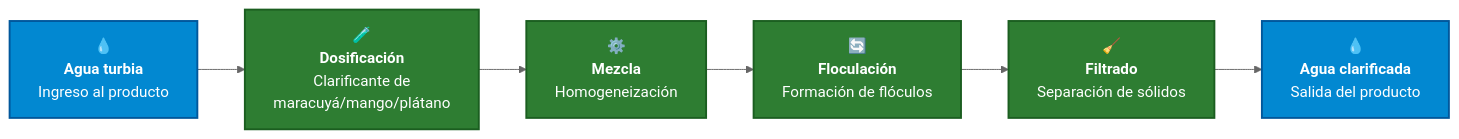
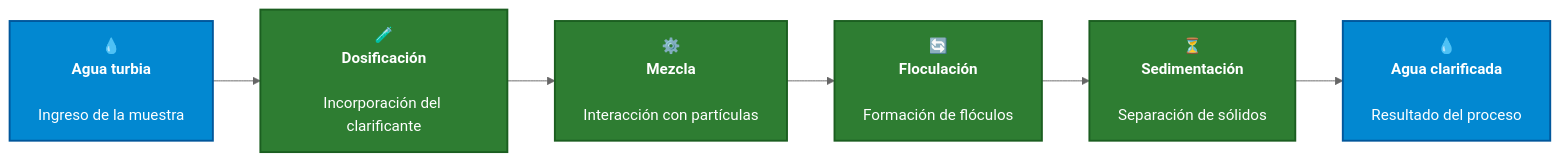
The fourth of 5 diagrams in README.md (BeyondNate/PI_Equipo_05), drawn with Mermaid (neutral theme) before and after one commit. The commit also changed other lines of this file, not shown here.

````diff
--- a/README.md
+++ b/README.md
@@ -200,18 +251,19 @@
 ```mermaid
 flowchart LR
-    A["💧<br/><b>Agua turbia</b><br/>Ingreso al producto"]
-    B["🧪<br/><b>Dosificación</b><br/>Clarificante de<br/>maracuyá/mango/plátano"]
-    C["⚙️<br/><b>Mezcla</b><br/>Homogeneización"]
-    D["🔄<br/><b>Floculación</b><br/>Formación de flóculos"]
-    E["🧹<br/><b>Filtrado</b><br/>Separación de sólidos"]
-    F["💧<br/><b>Agua clarificada</b><br/>Salida del producto"]
- 
+
+    A["💧<br/><b>Agua turbia</b><br/><br/>Ingreso de la muestra"]
+    B["🧪<br/><b>Dosificación</b><br/><br/>Incorporación del clarificante"]
+    C["⚙️<br/><b>Mezcla</b><br/><br/>Interacción con partículas"]
+    D["🔄<br/><b>Floculación</b><br/><br/>Formación de flóculos"]
+    E["⏳<br/><b>Sedimentación</b><br/><br/>Separación de sólidos"]
+    F["💧<br/><b>Agua clarificada</b><br/><br/>Resultado del proceso"]
+
     A --> B --> C --> D --> E --> F
- 
+
     classDef water fill:#0288D1,color:#FFFFFF,stroke:#01579B,stroke-width:2px;
     classDef process fill:#2E7D32,color:#FFFFFF,stroke:#1B5E20,stroke-width:2px;
     classDef result fill:#00ACC1,color:#FFFFFF,stroke:#006064,stroke-width:2px;
- 
+
     class A,F water;
     class B,C,D,E process;
 ```
````
